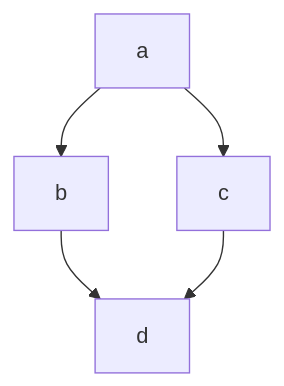
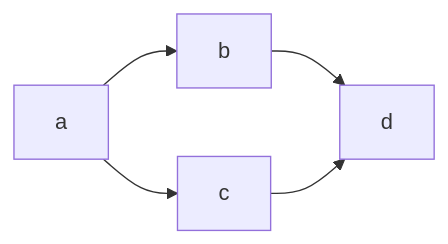
One commit to HarunovMahd/first-project changed the diagram in README.md. Above: the diagram before and after it, drawn with Mermaid.

Commit message:
Fix mermiad scheme

````diff
--- a/README.md
+++ b/README.md
@@ -9,8 +9,8 @@
 ```mermaid
 %% описание схемы
-    graph TD;
+    graph LR;
         a-->b;
         a-->c;
         b-->d;
         c-->d;
 ```
````
